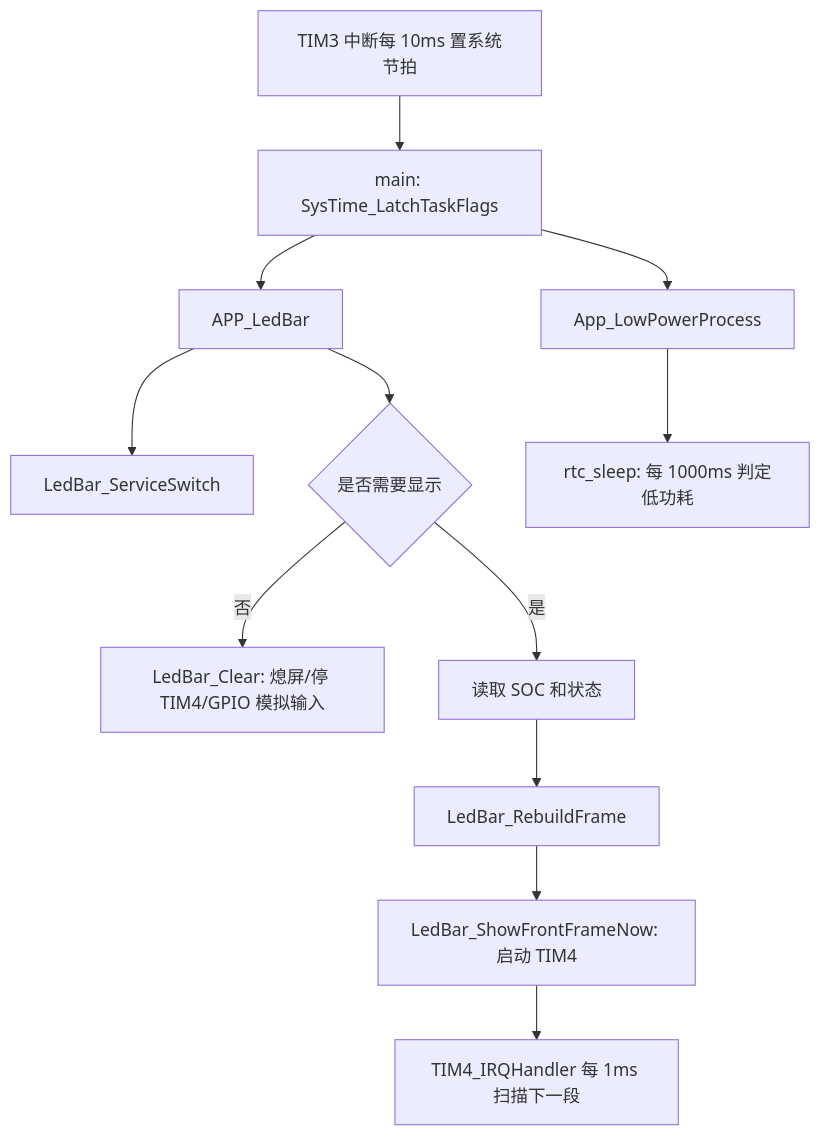
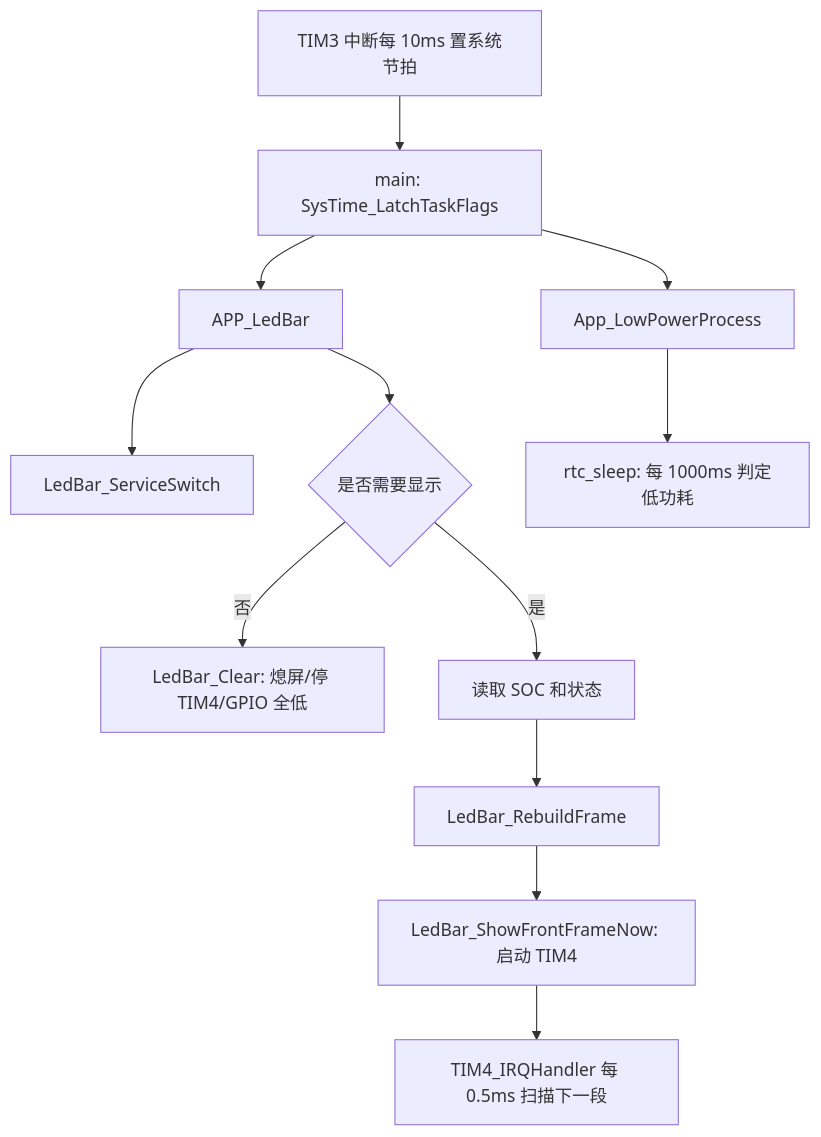
Before and after one commit to CS19970929/103-309-template: the diagram in LED软件框架与时序梳理.md, drawn with Mermaid. The commit also changed other lines of this file and 2 other files, not shown here.

````diff
--- a/LED软件框架与时序梳理.md
+++ b/LED软件框架与时序梳理.md
@@ -114,14 +114,14 @@
 ```mermaid
 flowchart TD
     A["TIM3 中断每 10ms 置系统节拍"] --> B["main: SysTime_LatchTaskFlags"]
     B --> C["APP_LedBar"]
     C --> D["LedBar_ServiceSwitch"]
     C --> E{"是否需要显示"}
-    E -->|否| F["LedBar_Clear: 熄屏/停 TIM4/GPIO 模拟输入"]
+    E -->|否| F["LedBar_Clear: 熄屏/停 TIM4/GPIO 全低"]
     E -->|是| G["读取 SOC 和状态"]
     G --> H["LedBar_RebuildFrame"]
     H --> I["LedBar_ShowFrontFrameNow: 启动 TIM4"]
-    I --> J["TIM4_IRQHandler 每 1ms 扫描下一段"]
+    I --> J["TIM4_IRQHandler 每 0.5ms 扫描下一段"]
     B --> K["App_LowPowerProcess"]
     K --> L["rtc_sleep: 每 1000ms 判定低功耗"]
 ```
````
